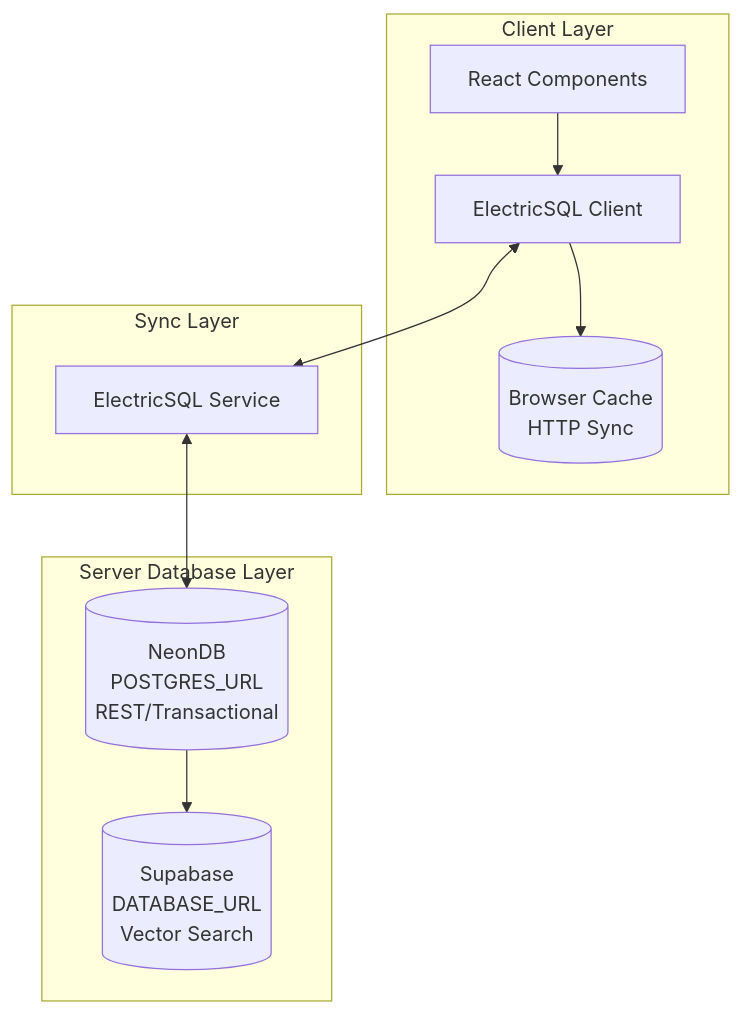
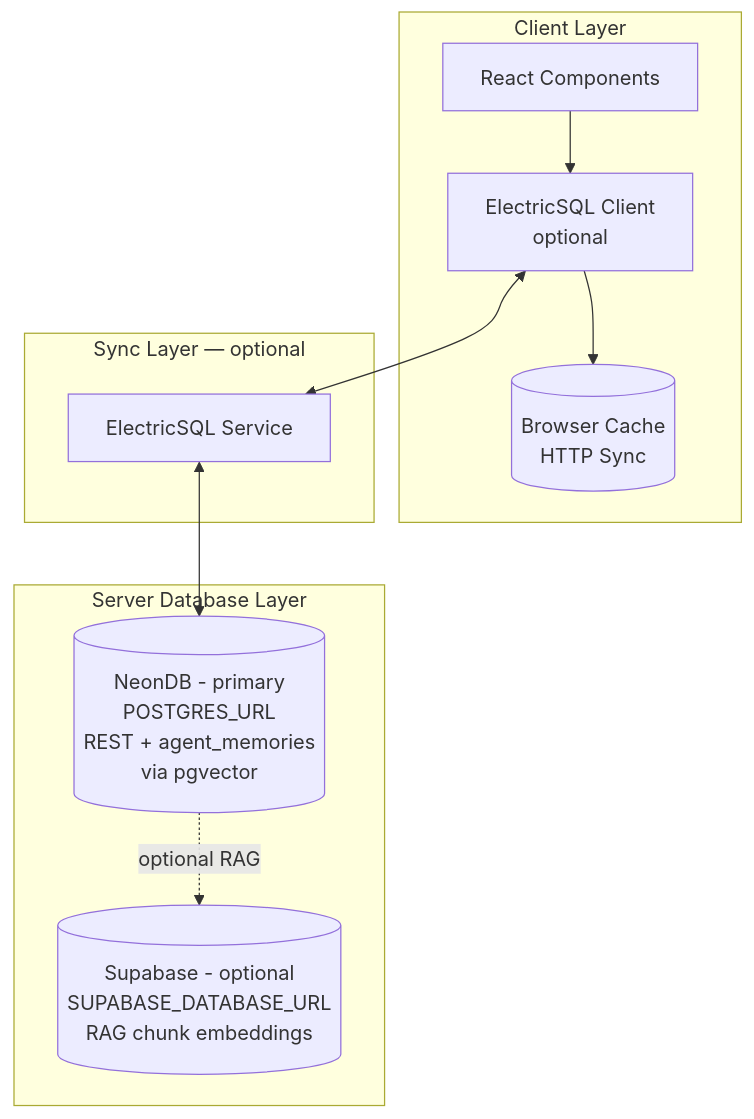
One commit to RevealUIStudio/revealui changed the diagram in docs/ARCHITECTURE.md. Above: the diagram before and after it, drawn with Mermaid. The commit also changed other lines of this file and 29 other files, not shown here.

````diff
--- a/docs/ARCHITECTURE.md
+++ b/docs/ARCHITECTURE.md
@@ -193,23 +193,23 @@
 ```mermaid
 graph TB
     subgraph Client[Client Layer]
         React[React Components]
-        ElectricClient[ElectricSQL Client]
+        ElectricClient[ElectricSQL Client<br/>optional]
         LocalCache[(Browser Cache<br/>HTTP Sync)]
     end
 
-    subgraph Sync[Sync Layer]
+    subgraph Sync[Sync Layer — optional]
         ElectricService[ElectricSQL Service]
     end
 
     subgraph Server[Server Database Layer]
-        NeonDB[(NeonDB<br/>POSTGRES_URL<br/>REST/Transactional)]
-        Supabase[(Supabase<br/>DATABASE_URL<br/>Vector Search)]
+        NeonDB[(NeonDB - primary<br/>POSTGRES_URL<br/>REST + agent_memories<br/>via pgvector)]
+        Supabase[(Supabase - optional<br/>SUPABASE_DATABASE_URL<br/>RAG chunk embeddings)]
     end
 
     React --> ElectricClient
     ElectricClient --> LocalCache
     ElectricClient <--> ElectricService
     ElectricService <--> NeonDB
-    NeonDB --> Supabase
+    NeonDB -.optional RAG.-> Supabase
 ```
````
